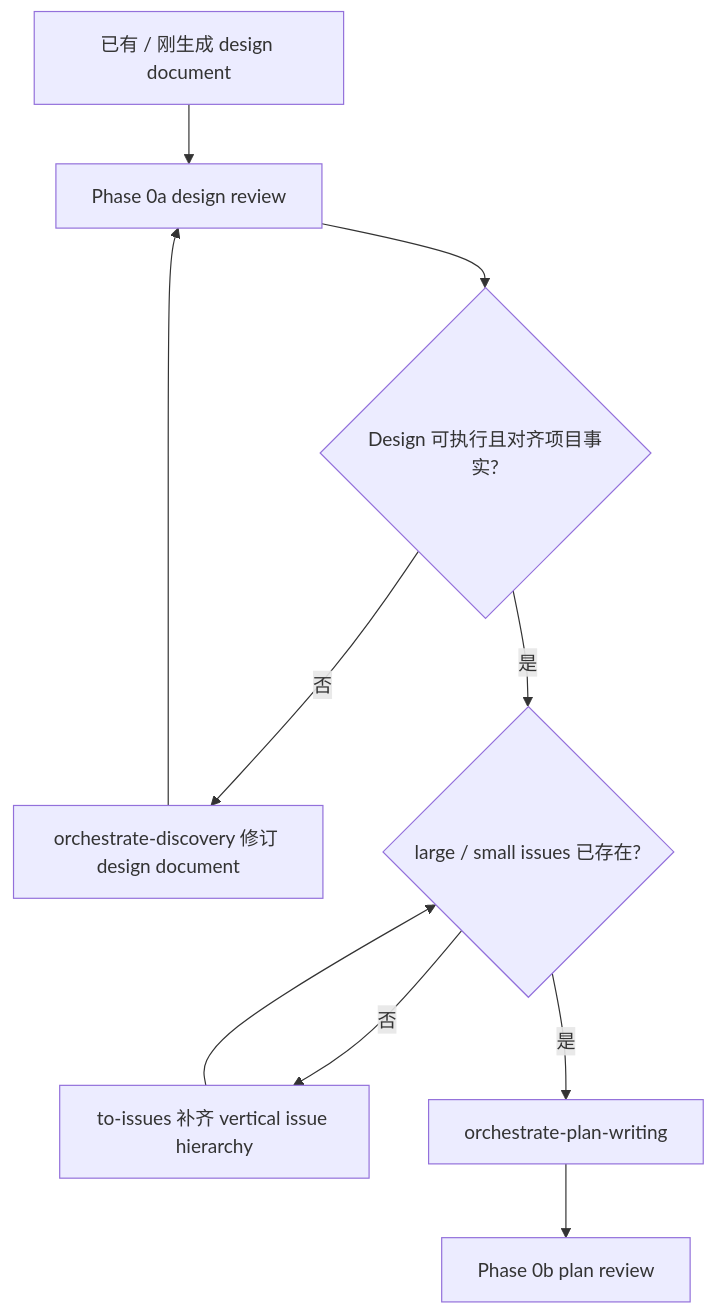
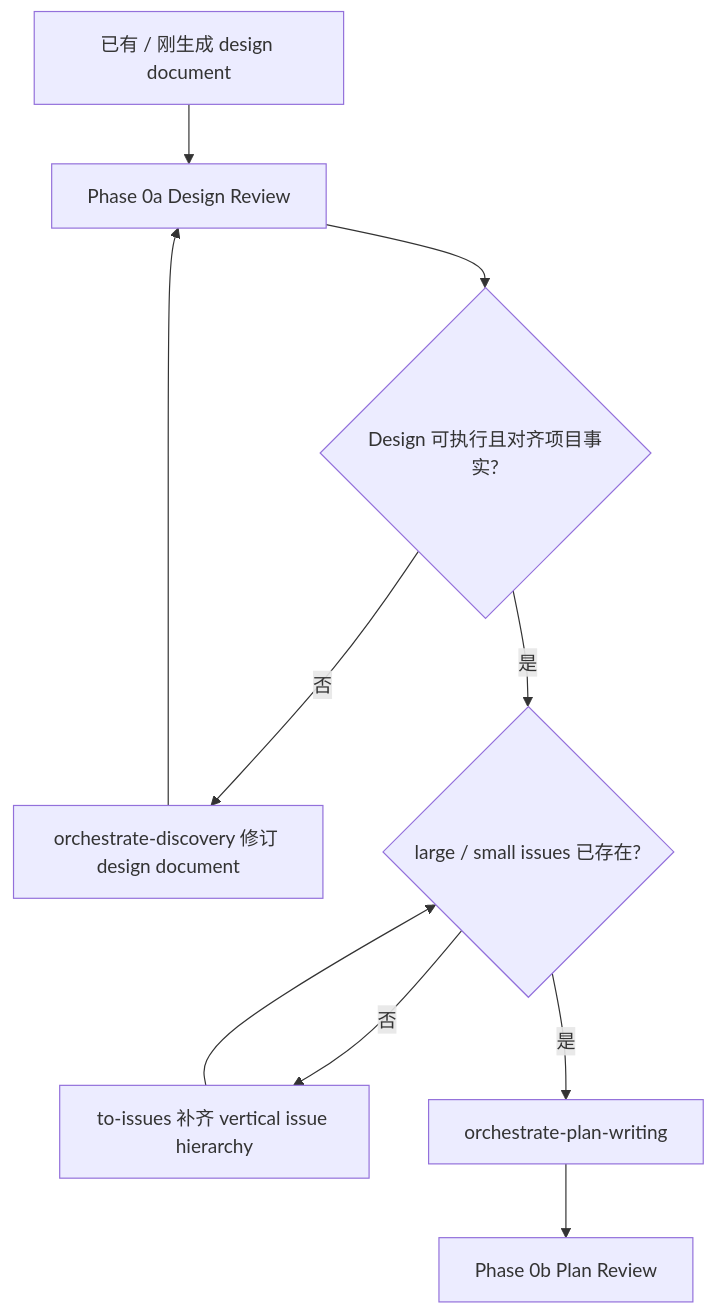
The diagram in .agents/skills/orchestrate-workflow/references/design-review.md (chancheuklap/multi-model-workflow), drawn with Mermaid before and after one commit. The commit also changed 3 other files, not shown here.

````diff
--- a/.agents/skills/orchestrate-workflow/references/design-review.md
+++ b/.agents/skills/orchestrate-workflow/references/design-review.md
@@ -7,12 +7,12 @@
 ```mermaid
 flowchart TD
-    A["已有 / 刚生成 design document"] --> B["Phase 0a design review"]
+    A["已有 / 刚生成 design document"] --> B["Phase 0a Design Review"]
     B --> C{"Design 可执行且对齐项目事实?"}
     C -->|否| D["orchestrate-discovery 修订 design document"]
     D --> B
     C -->|是| E{"large / small issues 已存在?"}
     E -->|否| F["to-issues 补齐 vertical issue hierarchy"]
     F --> E
     E -->|是| G["orchestrate-plan-writing"]
-    G --> H["Phase 0b plan review"]
+    G --> H["Phase 0b Plan Review"]
 ```
````
